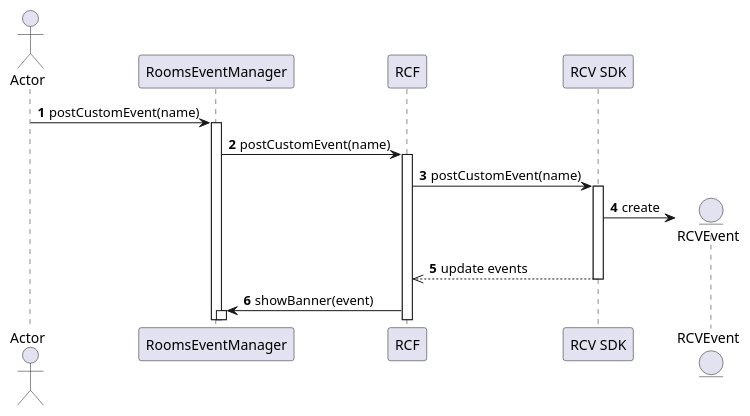
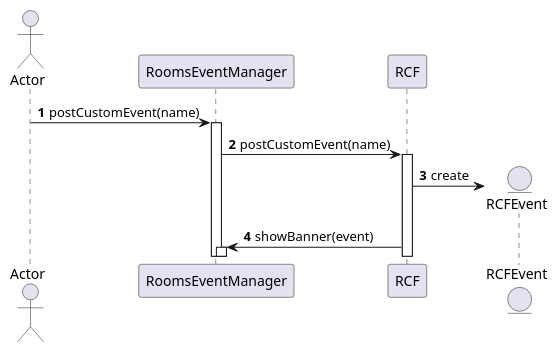
One commit to DarkSherlock/PlantUML changed the diagram in uml/event/PostCustomBannerSequenceDiagram.puml. Above: the diagram before and after it, drawn with PlantUML. The commit also changed 3 other files, not shown here.

Commit message:
update events diagram

```diff
--- a/uml/event/PostCustomBannerSequenceDiagram.puml
+++ b/uml/event/PostCustomBannerSequenceDiagram.puml
@@ -1,19 +1,16 @@
 @startuml
 'https://plantuml.com/sequence-diagram
 
 autonumber
 
 actor Actor
 participant RoomsEventManager
 participant RCF
-participant "RCV SDK" as RCV
-entity RCVEvent
+entity RCFEvent
 autoactivate on
 
 Actor -> RoomsEventManager: postCustomEvent(name)
 RoomsEventManager -> RCF: postCustomEvent(name)
-RCF -> RCV: postCustomEvent(name)
-RCV -> RCVEvent **: create
-RCV -->> RCF: update events
+RCF -> RCFEvent **: create
 RCF -> RoomsEventManager: showBanner(event)
 @enduml
```
